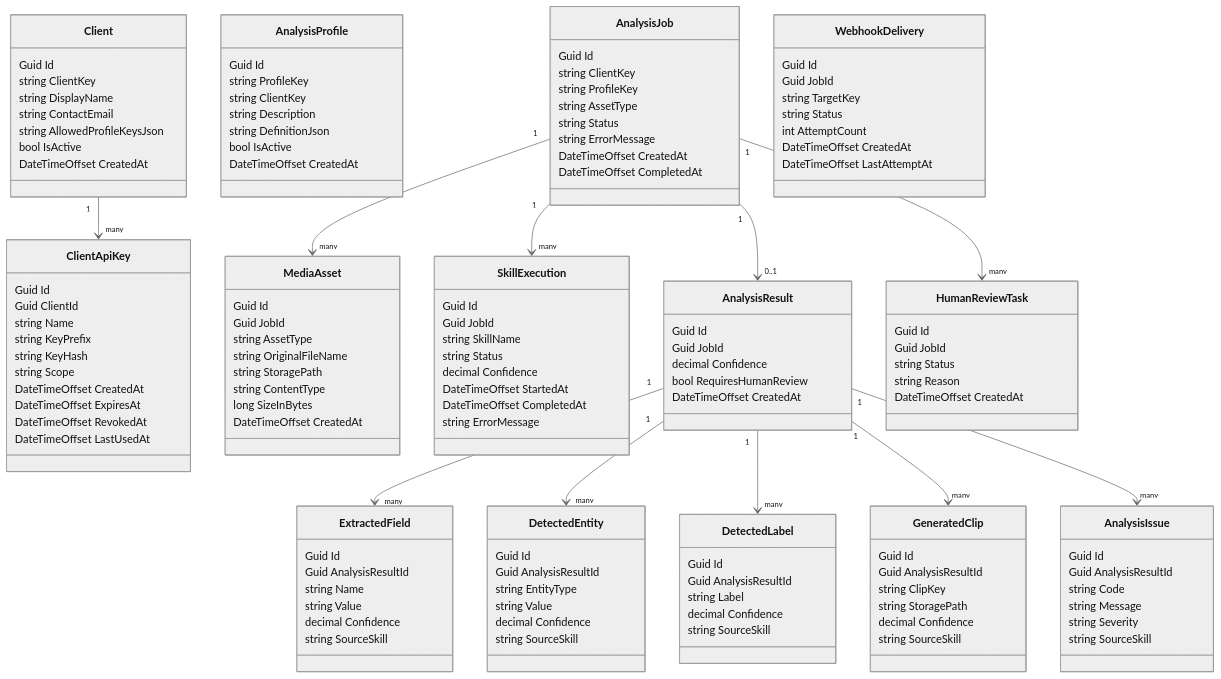
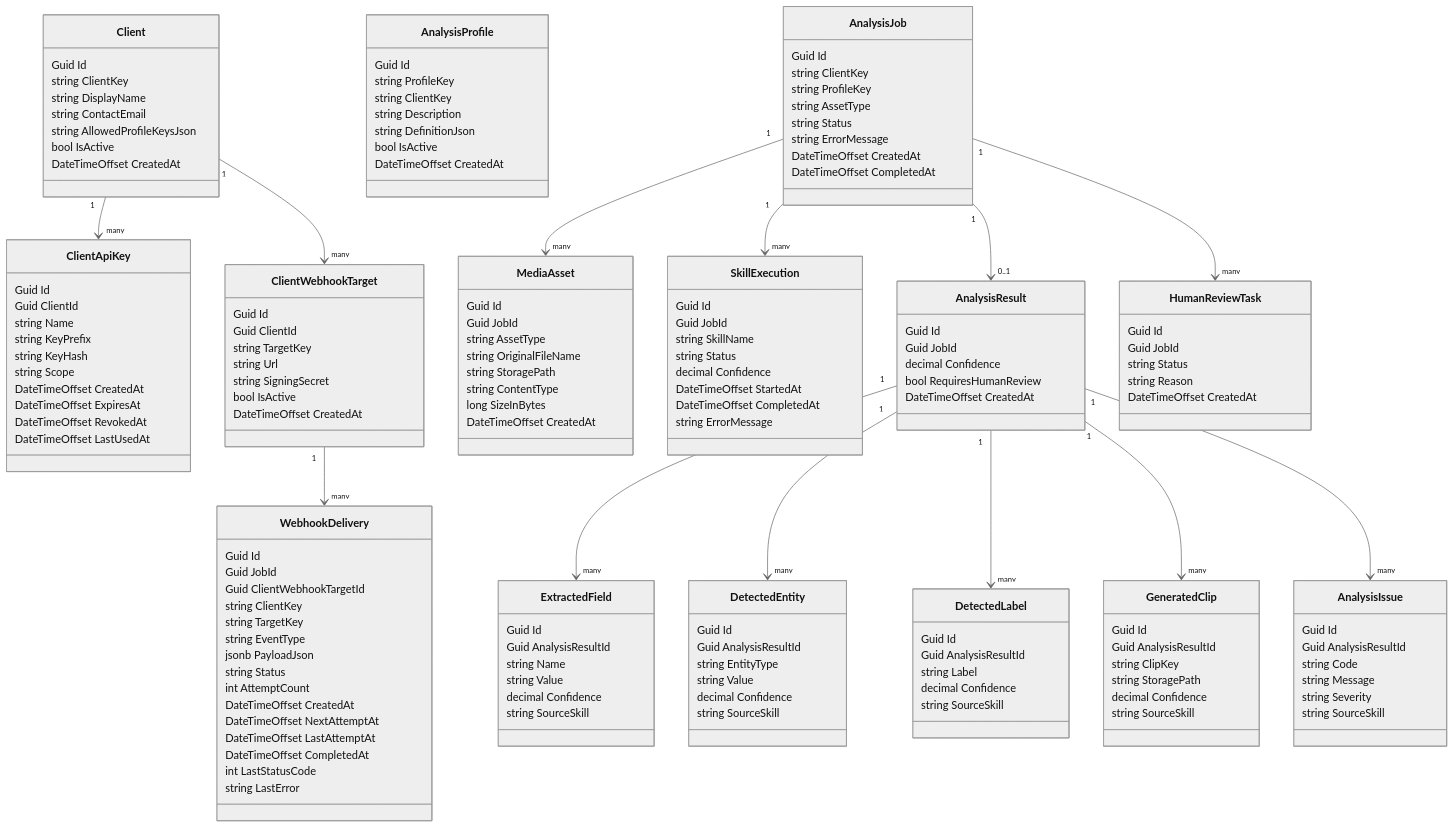
One commit to lokomurdok89/DeValpo.MediaIntelligence changed the seventh of 8 diagrams in README.md. Above: the diagram before and after it, drawn with Mermaid (neutral theme). The commit also changed other lines of this file and 53 other files, not shown here.

Commit message:
Complete phase 7 webhook delivery (#14)

````diff
--- a/README.md
+++ b/README.md
@@ -439,14 +439,33 @@
     class WebhookDelivery {
         Guid Id
         Guid JobId
+        Guid ClientWebhookTargetId
+        string ClientKey
         string TargetKey
+        string EventType
+        jsonb PayloadJson
         string Status
         int AttemptCount
         DateTimeOffset CreatedAt
+        DateTimeOffset NextAttemptAt
         DateTimeOffset LastAttemptAt
+        DateTimeOffset CompletedAt
+        int LastStatusCode
+        string LastError
+    }
+
+    class ClientWebhookTarget {
+        Guid Id
+        Guid ClientId
+        string TargetKey
+        string Url
+        string SigningSecret
+        bool IsActive
+        DateTimeOffset CreatedAt
     }
 
     Client "1" --> "many" ClientApiKey
+    Client "1" --> "many" ClientWebhookTarget
     AnalysisJob "1" --> "many" MediaAsset
     AnalysisJob "1" --> "many" SkillExecution
     AnalysisJob "1" --> "0..1" AnalysisResult
@@ -456,4 +475,5 @@
     AnalysisResult "1" --> "many" DetectedLabel
     AnalysisResult "1" --> "many" GeneratedClip
     AnalysisResult "1" --> "many" AnalysisIssue
+    ClientWebhookTarget "1" --> "many" WebhookDelivery
 ```
````
